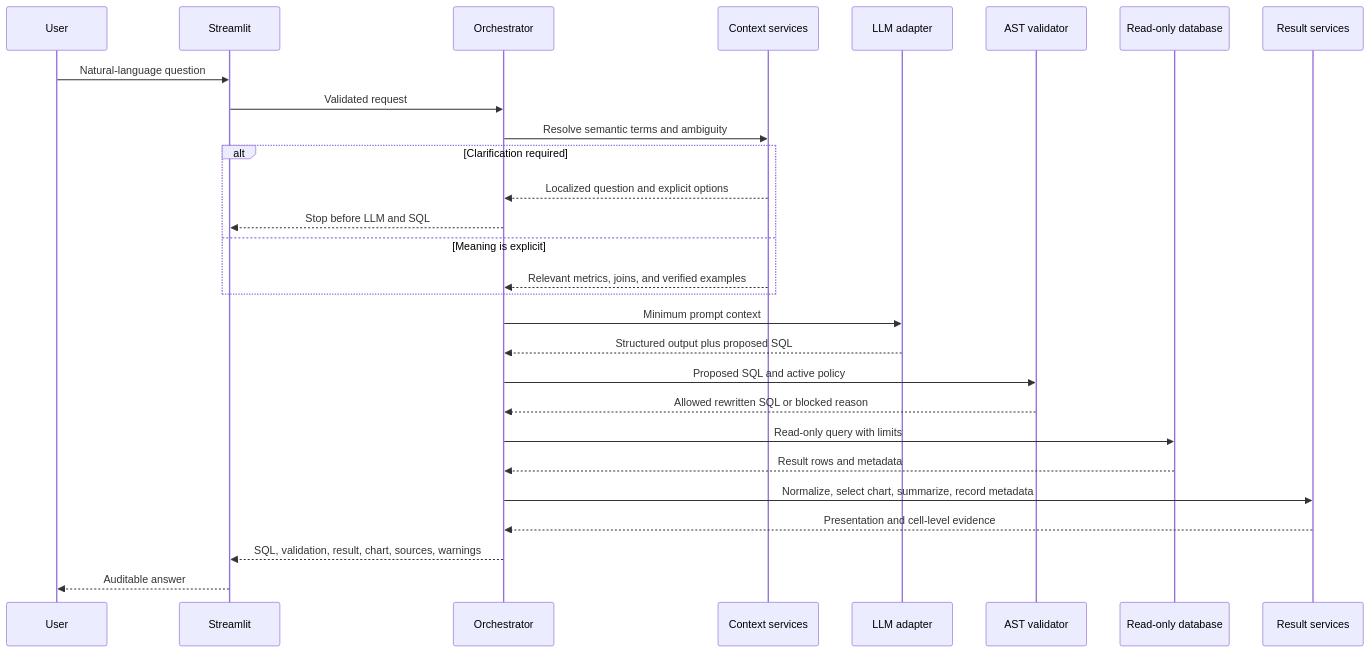
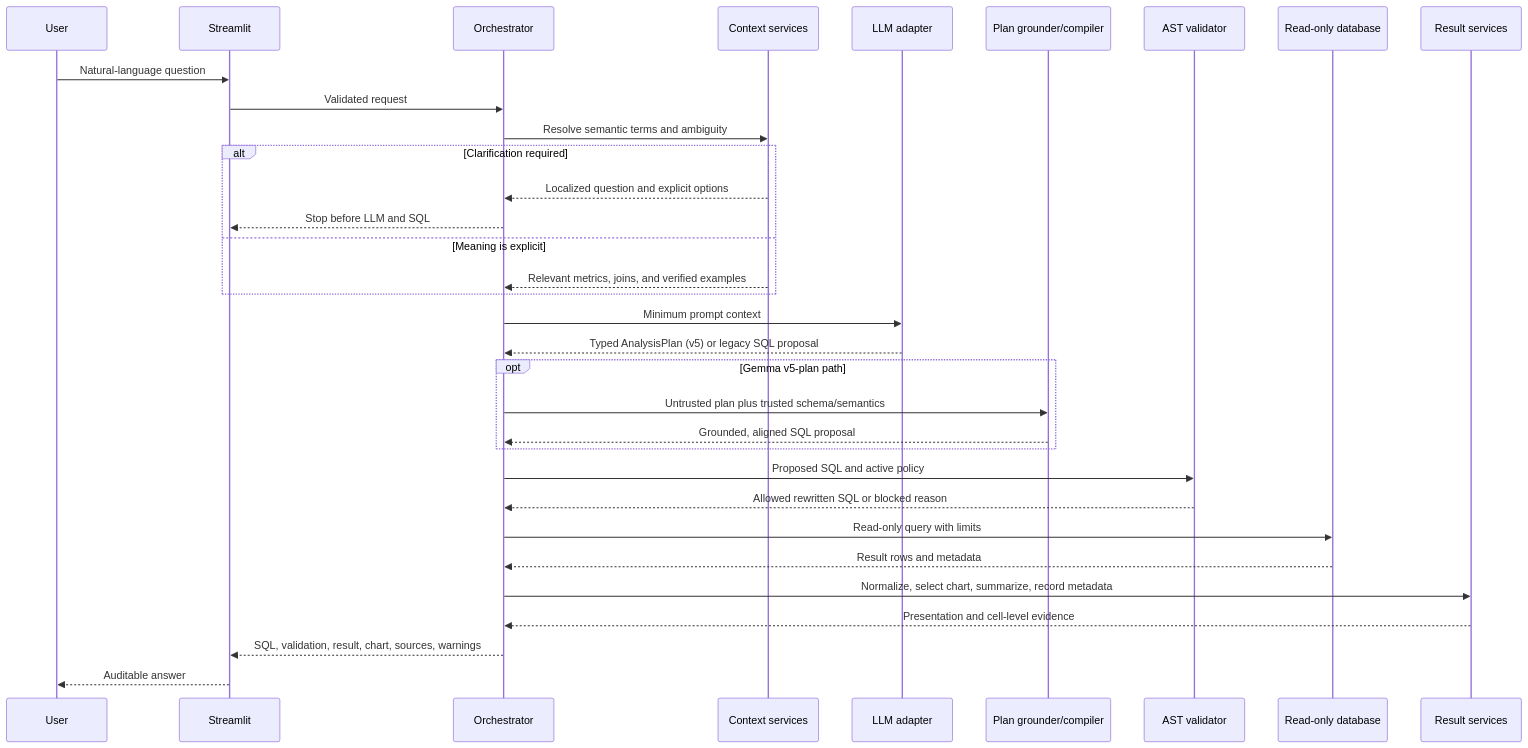
Before and after one commit to Daffwa/ai-database-analyst: the second of 2 diagrams in docs/architecture.md, drawn with Mermaid. The commit also changed other lines of this file and 145 other files, not shown here.

````diff
--- a/docs/architecture.md
+++ b/docs/architecture.md
@@ -67,31 +67,36 @@
 ```mermaid
 sequenceDiagram
     participant U as User
     participant UI as Streamlit
     participant O as Orchestrator
     participant C as Context services
     participant L as LLM adapter
+    participant P as Plan grounder/compiler
     participant V as AST validator
     participant D as Read-only database
     participant R as Result services
 
     U->>UI: Natural-language question
     UI->>O: Validated request
     O->>C: Resolve semantic terms and ambiguity
     alt Clarification required
         C-->>O: Localized question and explicit options
         O-->>UI: Stop before LLM and SQL
     else Meaning is explicit
         C-->>O: Relevant metrics, joins, and verified examples
     end
     O->>L: Minimum prompt context
-    L-->>O: Structured output plus proposed SQL
+    L-->>O: Typed AnalysisPlan (v5) or legacy SQL proposal
+    opt Gemma v5-plan path
+        O->>P: Untrusted plan plus trusted schema/semantics
+        P-->>O: Grounded, aligned SQL proposal
+    end
     O->>V: Proposed SQL and active policy
     V-->>O: Allowed rewritten SQL or blocked reason
     O->>D: Read-only query with limits
     D-->>O: Result rows and metadata
     O->>R: Normalize, select chart, summarize, record metadata
     R-->>O: Presentation and cell-level evidence
     O-->>UI: SQL, validation, result, chart, sources, warnings
     UI-->>U: Auditable answer
 ```
````
